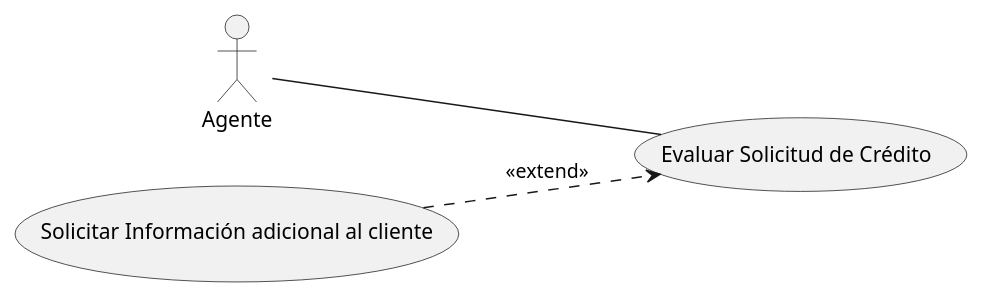
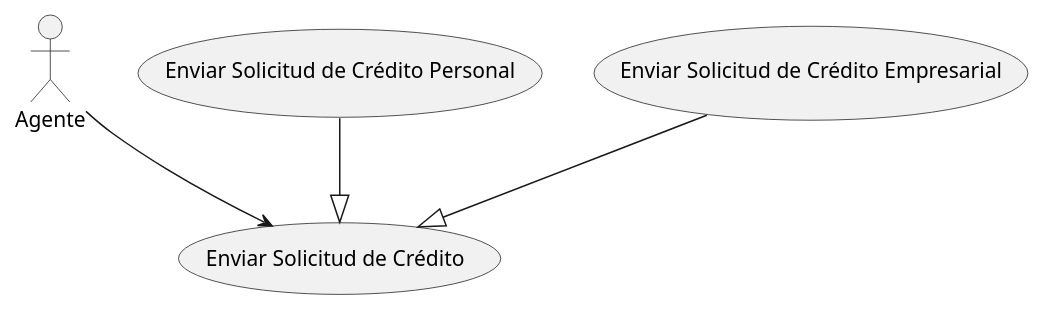
Before and after one commit to NuriaSan/PlantUML_II_NuriaSanchez: the diagram in src/PlantUML_II.puml, drawn with PlantUML.

Commit message:
Herencia

```diff
--- a/src/PlantUML_II.puml
+++ b/src/PlantUML_II.puml
@@ -1,12 +1,12 @@
 @startuml
-left to right direction
+
 actor "Agente" as ag
 
-  usecase "Evaluar Solicitud de Crédito" as ev
-  usecase "Solicitar Información adicional al cliente" as so
+  usecase "Enviar Solicitud de Crédito" as env
+  usecase "Enviar Solicitud de Crédito Personal" as cp
+  usecase "Enviar Solicitud de Crédito Empresarial" as ce
 
-ag--ev
-(so)..>(ev): <<extend>>
-
-
+ag-->env
+cp--|>env
+ce--|>env
 @enduml
```
